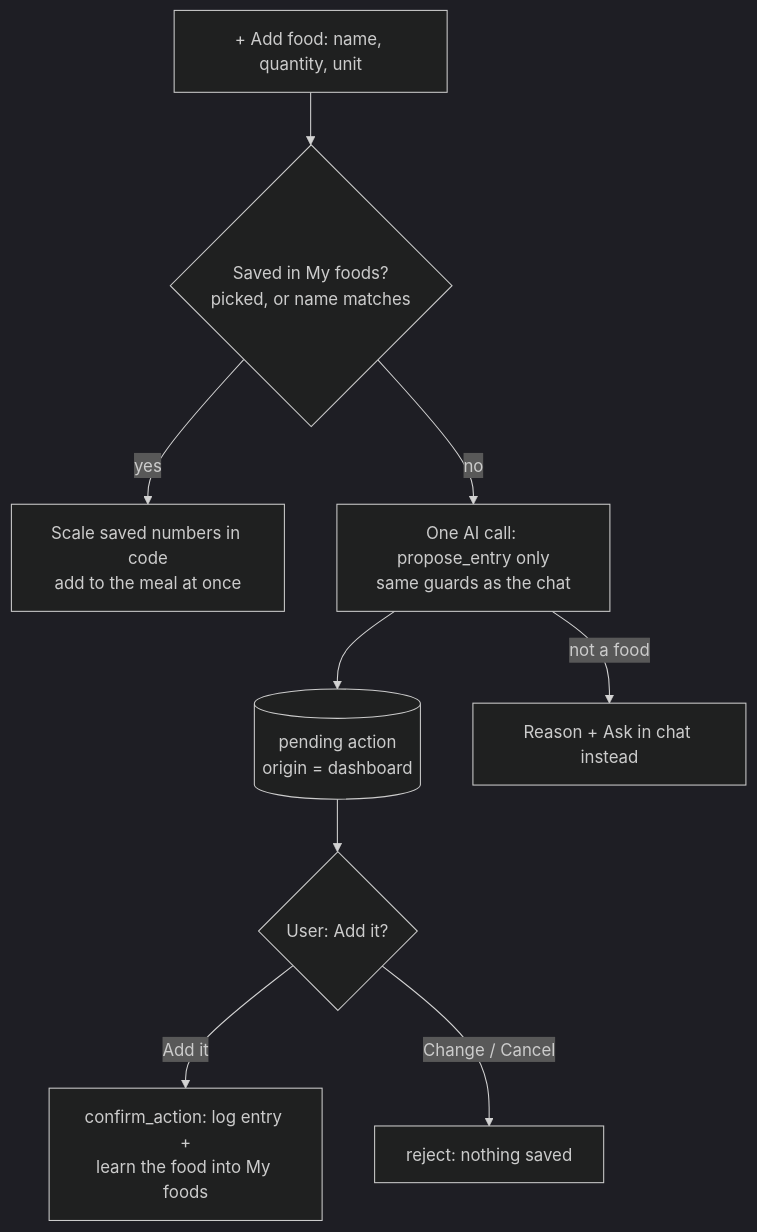
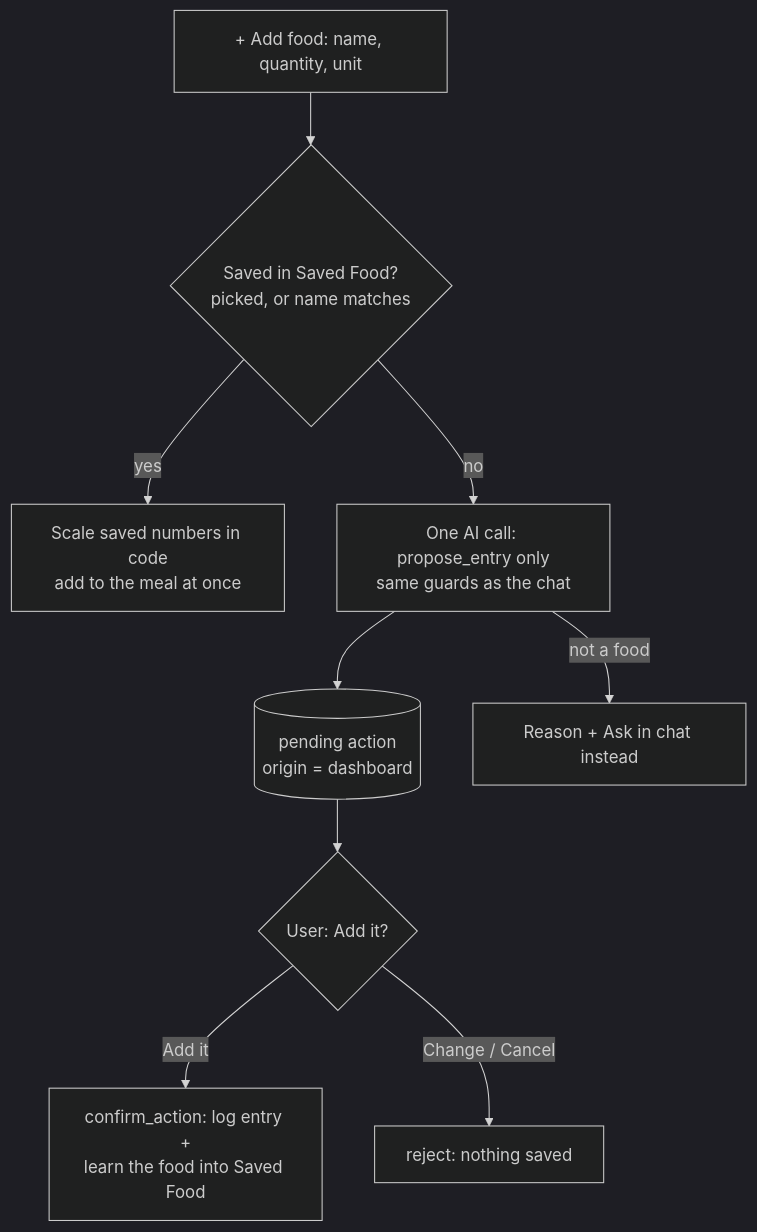
Before and after one commit to NeoAnushka21/tracker_poc: the eighth of 9 diagrams in docs/hld.md, drawn with Mermaid (dark theme). The commit also changed other lines of this file and 94 other files, not shown here.

````diff
--- a/docs/hld.md
+++ b/docs/hld.md
@@ -169,11 +182,11 @@
 ```mermaid
 flowchart TD
-    A[+ Add food: name, quantity, unit] --> M{Saved in My foods?<br/>picked, or name matches}
+    A[+ Add food: name, quantity, unit] --> M{Saved in Saved Food?<br/>picked, or name matches}
     M -->|yes| S[Scale saved numbers in code<br/>add to the meal at once]
     M -->|no| L[One AI call: propose_entry only<br/>same guards as the chat]
     L --> P[(pending action<br/>origin = dashboard)]
     P --> C{User: Add it?}
-    C -->|Add it| W[confirm_action: log entry +<br/>learn the food into My foods]
+    C -->|Add it| W[confirm_action: log entry +<br/>learn the food into Saved Food]
     C -->|Change / Cancel| R[reject: nothing saved]
     L -->|not a food| Q[Reason + Ask in chat instead]
 ```
````
